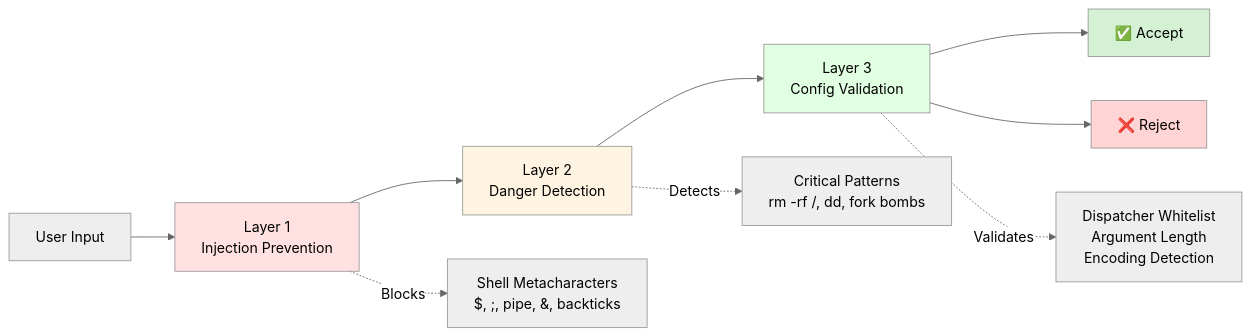
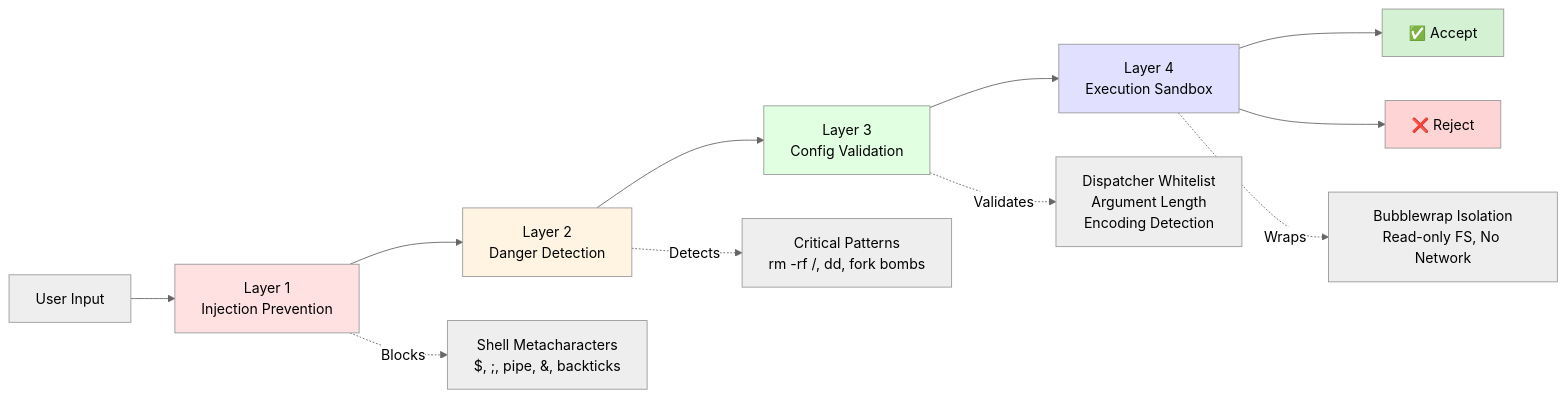
The second of 2 diagrams in README.md (tidynest/hypr-keybind-manager), drawn with Mermaid (neutral theme) before and after one commit. The commit also changed other lines of this file and 3 other files, not shown here.

````diff
--- a/README.md
+++ b/README.md
@@ -228,18 +228,21 @@
 ```mermaid
 graph LR
     Input[User Input] --> L1[Layer 1<br/>Injection Prevention]
     L1 --> L2[Layer 2<br/>Danger Detection]
     L2 --> L3[Layer 3<br/>Config Validation]
-    L3 --> Accept[✅ Accept]
-    L3 --> Reject[❌ Reject]
+    L3 --> L4[Layer 4<br/>Execution Sandbox]
+    L4 --> Accept[✅ Accept]
+    L4 --> Reject[❌ Reject]
 
 L1 -.->|Blocks| Inject[Shell Metacharacters<br/>$, ;, pipe, &, backticks]
     L2 -.->|Detects| Danger[Critical Patterns<br/>rm -rf /, dd, fork bombs]
     L3 -.->|Validates| Config[Dispatcher Whitelist<br/>Argument Length<br/>Encoding Detection]
+    L4 -.->|Wraps| Sandbox[Bubblewrap Isolation<br/>Read-only FS, No Network]
 
     style L1 fill:#ffe1e1,color:#000
     style L2 fill:#fff4e1,color:#000
     style L3 fill:#e1ffe1,color:#000
+    style L4 fill:#e1e1ff,color:#000
     style Accept fill:#d4f1d4,color:#000
     style Reject fill:#ffd4d4,color:#000
 ```
````
